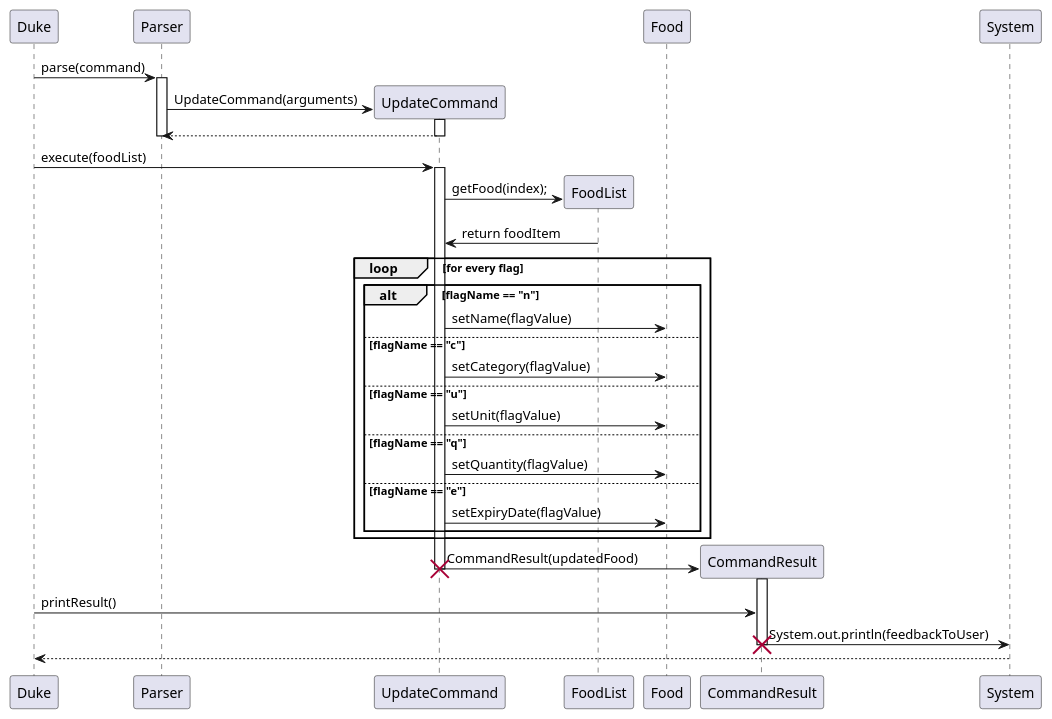
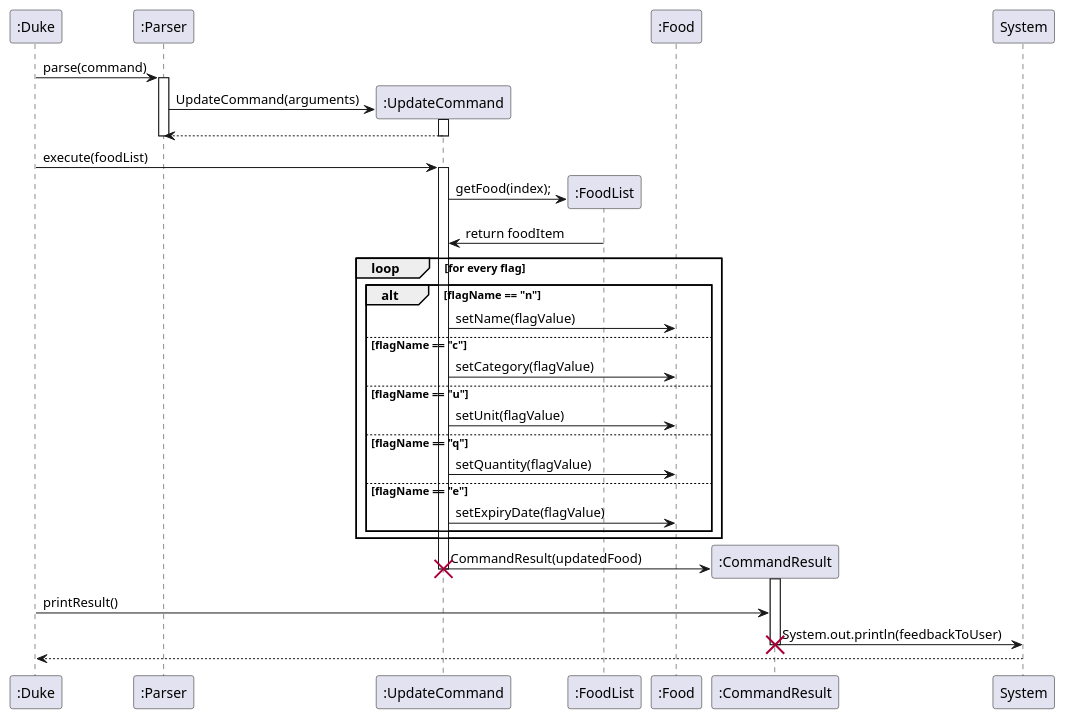
One commit to tsx0314/tp changed the diagram in docs/puml/UpdateCommandSequenceDiagram.puml. Above: the diagram before and after it, drawn with PlantUML. The commit also changed 15 other files, not shown here.

Commit message:
Update UML diagram according to TA's comment

```diff
--- a/docs/puml/UpdateCommandSequenceDiagram.puml
+++ b/docs/puml/UpdateCommandSequenceDiagram.puml
@@ -1,45 +1,45 @@
 @startuml
-Duke -> Parser: parse(command)
-activate Parser
+":Duke" -> ":Parser": parse(command)
+activate ":Parser"
 
-create UpdateCommand
-UpdateCommand <- Parser : UpdateCommand(arguments)
-activate UpdateCommand
-UpdateCommand --> Parser
-deactivate UpdateCommand
-deactivate Parser
+create ":UpdateCommand"
+":UpdateCommand" <- ":Parser" : UpdateCommand(arguments)
+activate ":UpdateCommand"
+":UpdateCommand" --> ":Parser"
+deactivate ":UpdateCommand"
+deactivate ":Parser"
 
-Duke -> UpdateCommand : execute(foodList)
-activate UpdateCommand
+":Duke" -> ":UpdateCommand" : execute(foodList)
+activate ":UpdateCommand"
 
-create FoodList
-UpdateCommand -> FoodList: getFood(index);
-FoodList -> UpdateCommand: return foodItem
+create ":FoodList"
+":UpdateCommand" -> ":FoodList": getFood(index);
+":FoodList" -> ":UpdateCommand": return foodItem
 
 loop for every flag
     alt flagName == "n"
-        UpdateCommand -> Food: setName(flagValue)
+        ":UpdateCommand" -> ":Food": setName(flagValue)
     else flagName == "c"
-            UpdateCommand -> Food: setCategory(flagValue)
+            ":UpdateCommand" -> ":Food": setCategory(flagValue)
     else flagName == "u"
-            UpdateCommand -> Food: setUnit(flagValue)
+            ":UpdateCommand" -> ":Food": setUnit(flagValue)
     else flagName == "q"
-            UpdateCommand -> Food: setQuantity(flagValue)
+            ":UpdateCommand" -> ":Food": setQuantity(flagValue)
     else flagName == "e"
-            UpdateCommand -> Food: setExpiryDate(flagValue)
+            ":UpdateCommand" -> ":Food": setExpiryDate(flagValue)
     end
 end
 
-create CommandResult
-UpdateCommand -> CommandResult : CommandResult(updatedFood)
-activate CommandResult
-deactivate UpdateCommand
-destroy UpdateCommand
+create ":CommandResult"
+":UpdateCommand" -> ":CommandResult" : CommandResult(updatedFood)
+activate ":CommandResult"
+deactivate ":UpdateCommand"
+destroy ":UpdateCommand"
 
-Duke -> CommandResult: printResult()
-CommandResult->System: System.out.println(feedbackToUser)
-deactivate CommandResult
-destroy CommandResult
+":Duke" -> ":CommandResult": printResult()
+":CommandResult"->System: System.out.println(feedbackToUser)
+deactivate ":CommandResult"
+destroy ":CommandResult"
 
-System --> Duke
+System --> ":Duke"
 @enduml
```
